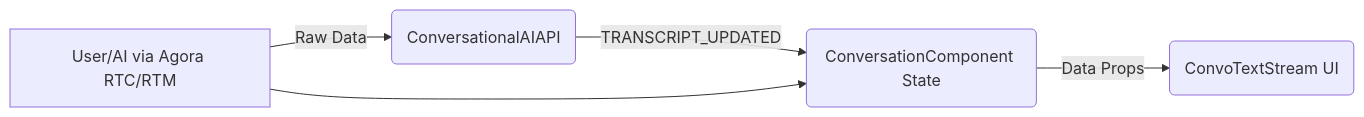
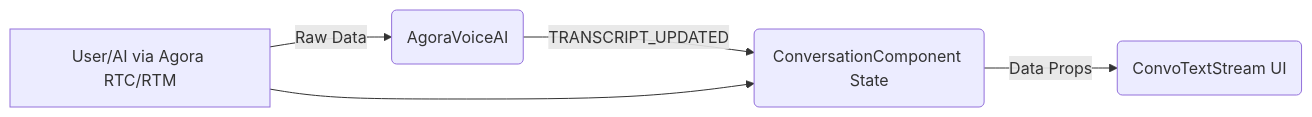
One commit to AgoraIO-Conversational-AI/agora-convoai-quickstart-nextjs changed the first of 3 diagrams in DOCS/TEXT_STREAMING_GUIDE.md. Above: the diagram before and after it, drawn with Mermaid. The commit also changed other lines of this file and 1 other file, not shown here.

````diff
--- a/DOCS/TEXT_STREAMING_GUIDE.md
+++ b/DOCS/TEXT_STREAMING_GUIDE.md
@@ -29,7 +39,7 @@
 ```mermaid
 flowchart LR
-    A[User/AI via Agora RTC/RTM] -- Raw Data --> B(ConversationalAIAPI)
+    A[User/AI via Agora RTC/RTM] -- Raw Data --> B(AgoraVoiceAI)
     B -- TRANSCRIPT_UPDATED --> C(ConversationComponent State)
     C -- Data Props --> D(ConvoTextStream UI)
     A --> C
 ```
````
